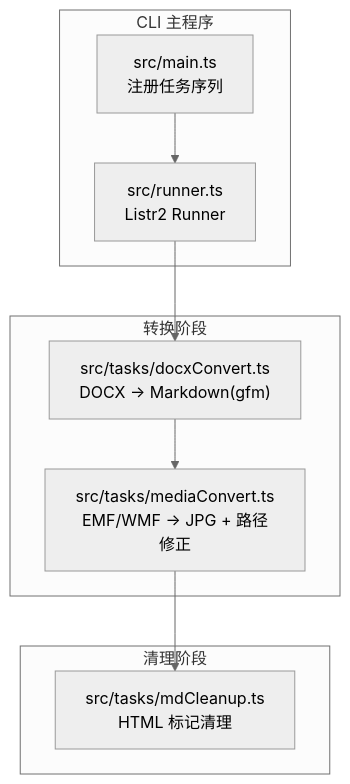
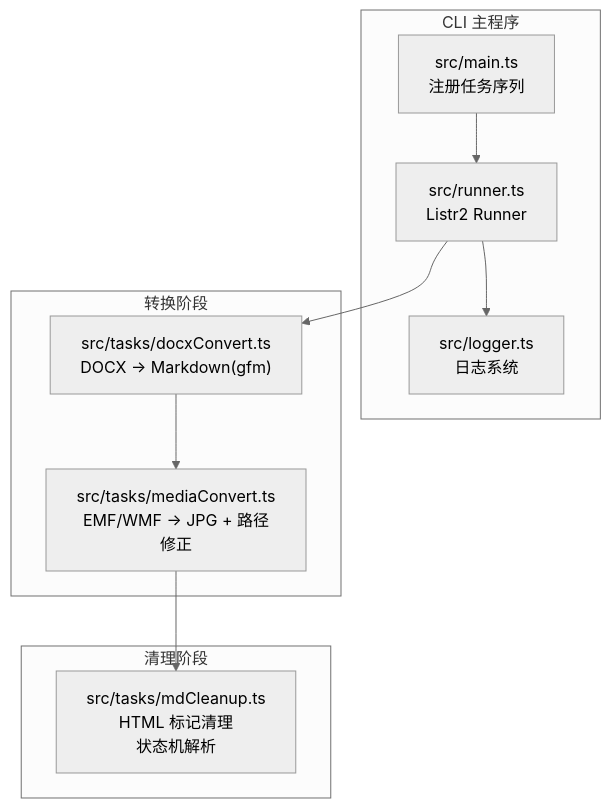
One commit to hllshiro/doc2md-cli changed the first of 4 diagrams in .qoder/repowiki/zh/content/转换模块详解/Markdown 内容清理模块.md. Above: the diagram before and after it, drawn with Mermaid (neutral theme). The commit also changed other lines of this file and 5 other files, not shown here.

````diff
--- a/.qoder/repowiki/zh/content/转换模块详解/Markdown 内容清理模块.md
+++ b/.qoder/repowiki/zh/content/转换模块详解/Markdown 内容清理模块.md
@@ -41,16 +49,18 @@
 ```mermaid
 graph TB
 subgraph "CLI 主程序"
 MAIN["src/main.ts<br/>注册任务序列"]
 RUNNER["src/runner.ts<br/>Listr2 Runner"]
+LOGGER["src/logger.ts<br/>日志系统"]
 end
 subgraph "转换阶段"
 DOCX["src/tasks/docxConvert.ts<br/>DOCX → Markdown(gfm)"]
 MEDIA["src/tasks/mediaConvert.ts<br/>EMF/WMF → JPG + 路径修正"]
 end
 subgraph "清理阶段"
-CLEAN["src/tasks/mdCleanup.ts<br/>HTML 标记清理"]
+CLEAN["src/tasks/mdCleanup.ts<br/>HTML 标记清理<br/>状态机解析"]
 end
 MAIN --> RUNNER
+RUNNER --> LOGGER
 RUNNER --> DOCX --> MEDIA --> CLEAN
 ```
````
